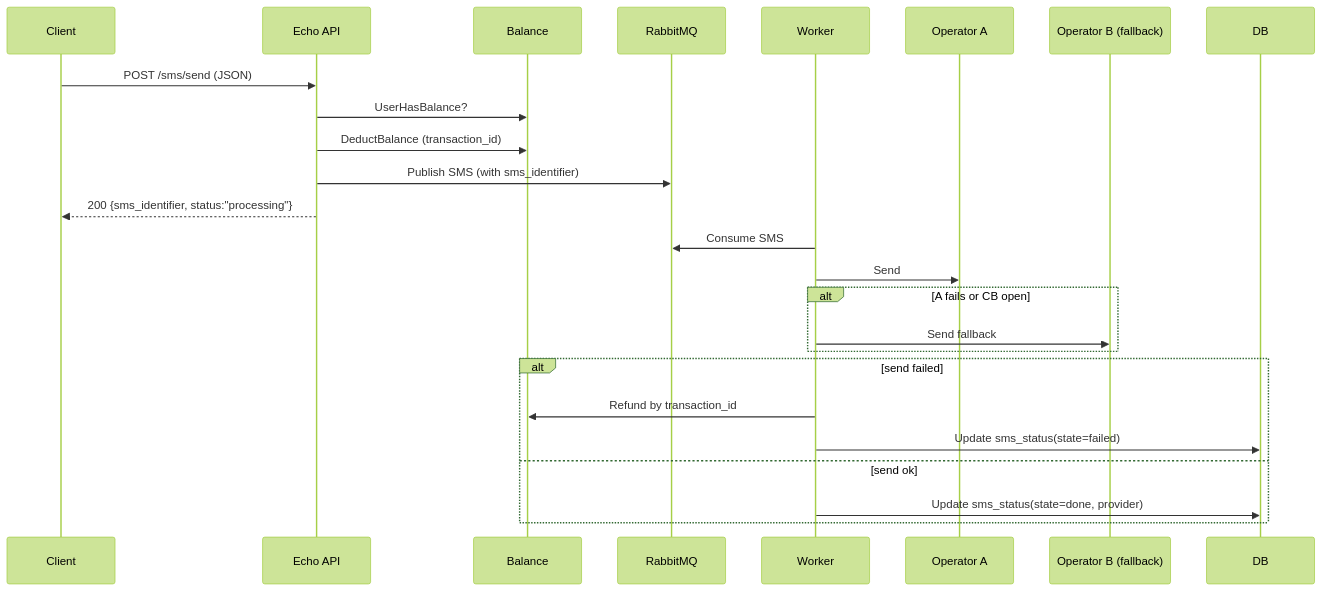
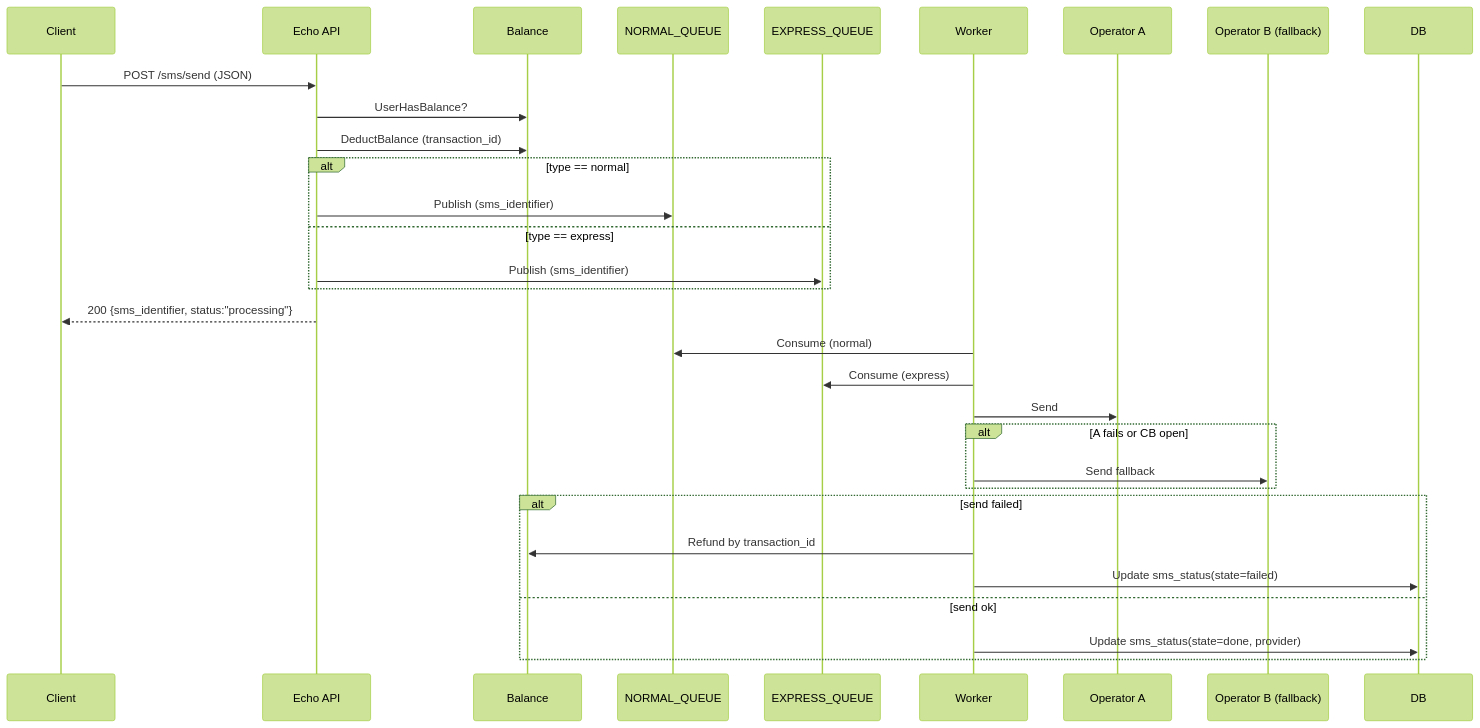
The second of 3 diagrams in README.md (arminazimi/sms-gateway), drawn with Mermaid (forest theme) before and after one commit. The commit also changed other lines of this file, not shown here.

Commit message:
update README to clarify SMS routing and queue usage for normal and express messages

````diff
--- a/README.md
+++ b/README.md
@@ -127,27 +134,33 @@
 ```mermaid
 sequenceDiagram
   participant C as Client
   participant API as Echo API
   participant BAL as Balance
-  participant MQ as RabbitMQ
+  participant MQN as NORMAL_QUEUE
+  participant MQE as EXPRESS_QUEUE
   participant W as Worker
   participant A as Operator A
   participant B as Operator B (fallback)
 
   C->>API: POST /sms/send (JSON)
   API->>BAL: UserHasBalance?
   API->>BAL: DeductBalance (transaction_id)
-  API->>MQ: Publish SMS (with sms_identifier)
+  alt type == normal
+    API->>MQN: Publish (sms_identifier)
+  else type == express
+    API->>MQE: Publish (sms_identifier)
+  end
   API-->>C: 200 {sms_identifier, status:"processing"}
-  W->>MQ: Consume SMS
+  W->>MQN: Consume (normal)
+  W->>MQE: Consume (express)
   W->>A: Send
   alt A fails or CB open
     W->>B: Send fallback
   end
   alt send failed
     W->>BAL: Refund by transaction_id
     W->>DB: Update sms_status(state=failed)
   else send ok
     W->>DB: Update sms_status(state=done, provider)
   end
 ```
````
